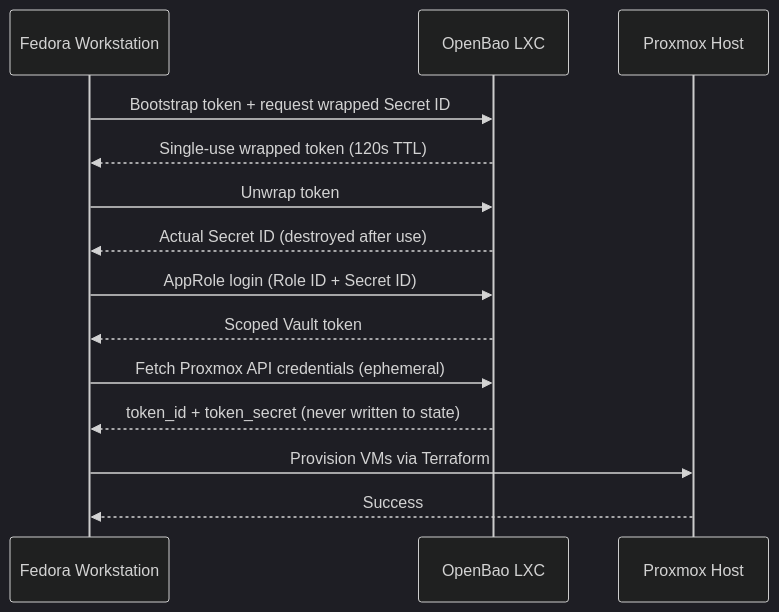
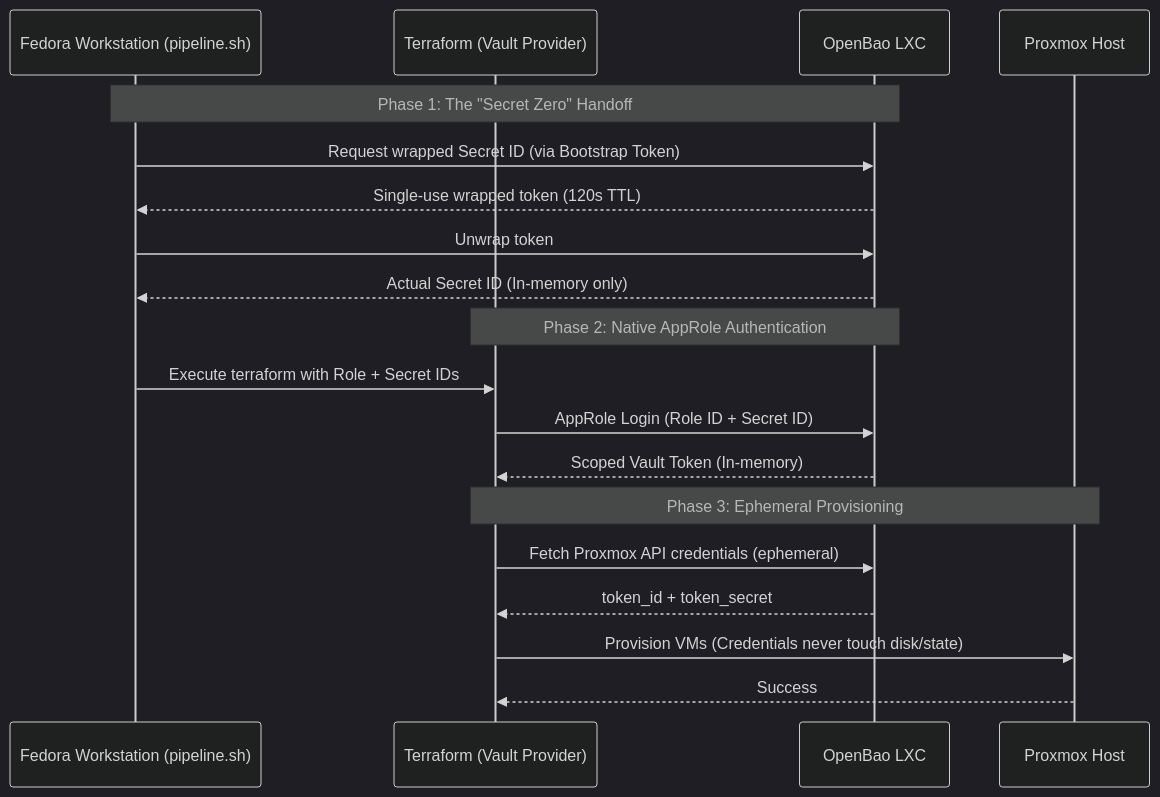
Before and after one commit to dskretta/homelab-infra: the second of 2 diagrams in README.md, drawn with Mermaid (dark theme). The commit also changed other lines of this file, not shown here.

First line of the commit message:
Enhance README with OpenBao Auth Workflow and Ansible

````diff
--- a/README.md
+++ b/README.md
@@ -62,17 +27,24 @@
 ```mermaid
 sequenceDiagram
-    participant WS as Fedora Workstation
+    participant WS as Fedora Workstation (pipeline.sh)
+    participant TF as Terraform (Vault Provider)
     participant BAO as OpenBao LXC
     participant PVE as Proxmox Host
-
-    WS->>BAO: Bootstrap token + request wrapped Secret ID
+    
+    Note over WS, BAO: Phase 1: The "Secret Zero" Handoff
+    WS->>BAO: Request wrapped Secret ID (via Bootstrap Token)
     BAO-->>WS: Single-use wrapped token (120s TTL)
     WS->>BAO: Unwrap token
-    BAO-->>WS: Actual Secret ID (destroyed after use)
-    WS->>BAO: AppRole login (Role ID + Secret ID)
-    BAO-->>WS: Scoped Vault token
-    WS->>BAO: Fetch Proxmox API credentials (ephemeral)
-    BAO-->>WS: token_id + token_secret (never written to state)
-    WS->>PVE: Provision VMs via Terraform
-    PVE-->>WS: Success
+    BAO-->>WS: Actual Secret ID (In-memory only)
+
+    Note over TF, BAO: Phase 2: Native AppRole Authentication
+    WS->>TF: Execute terraform with Role + Secret IDs
+    TF->>BAO: AppRole Login (Role ID + Secret ID)
+    BAO-->>TF: Scoped Vault Token (In-memory)
+
+    Note over TF, PVE: Phase 3: Ephemeral Provisioning
+    TF->>BAO: Fetch Proxmox API credentials (ephemeral)
+    BAO-->>TF: token_id + token_secret
+    TF->>PVE: Provision VMs (Credentials never touch disk/state)
+    PVE-->>TF: Success
 ```
````
